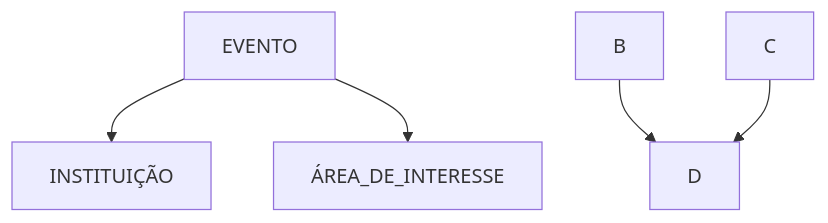
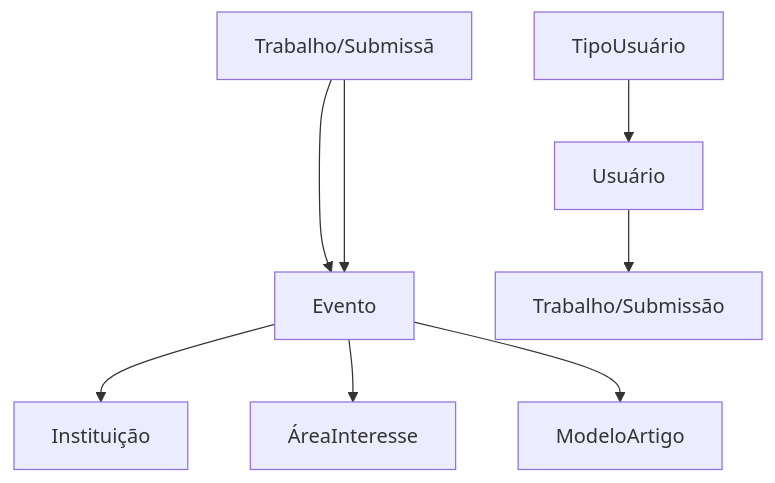
One commit to ericmds/ProjetoBancoDeDados changed the diagram in 00 - Aulas/Aula 24.03.2025.md. Above: the diagram before and after it, drawn with Mermaid. The commit also changed other lines of this file, not shown here.

Commit message:
Update Aula 24.03.2025.md

````diff
--- a/00 - Aulas/Aula 24.03.2025.md
+++ b/00 - Aulas/Aula 24.03.2025.md
@@ -61,7 +61,10 @@
 ```mermaid
 graph TD;
-    EVENTO-->INSTITUIÇÃO;
-    EVENTO-->ÁREA_DE_INTERESSE;
-    B-->D;
-    C-->D;
+    Evento-->Instituição;
+    Evento-->ÁreaInteresse;
+    Evento-->ModeloArtigo;
+    Trabalho/Submissão-->Evento;
+    Usuário-->Trabalho/Submissão;
+    Trabalho/Submissão-->Evento
+    TipoUsuário-->Usuário;
 ```
````
